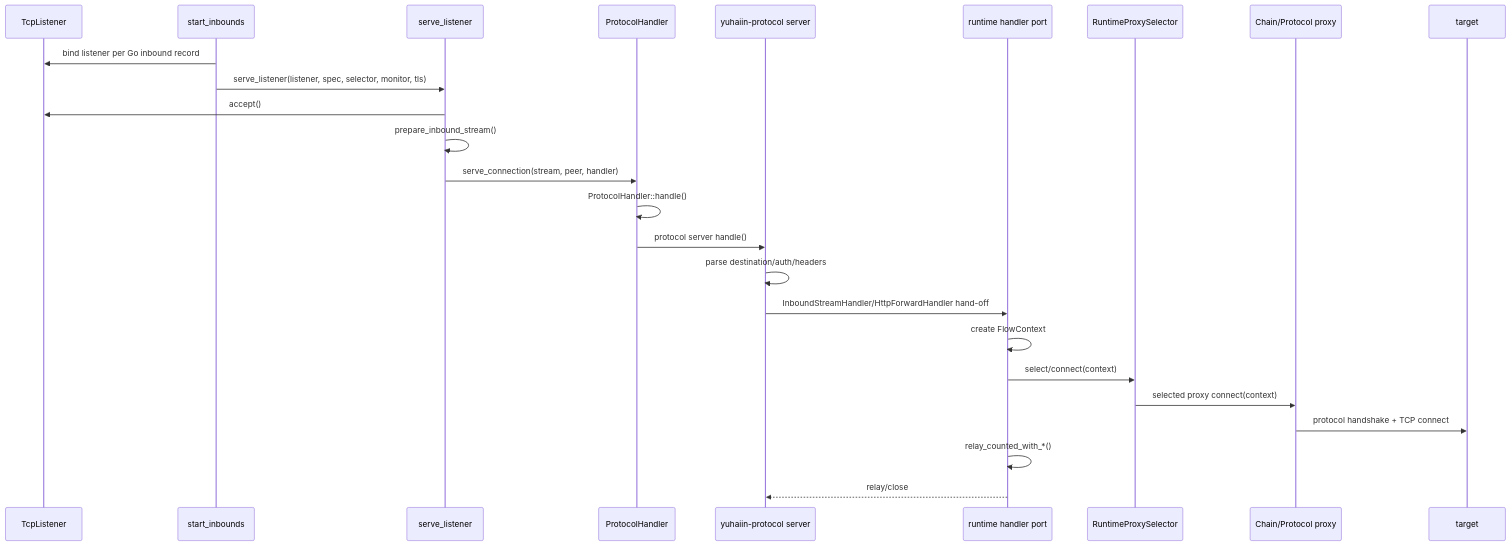
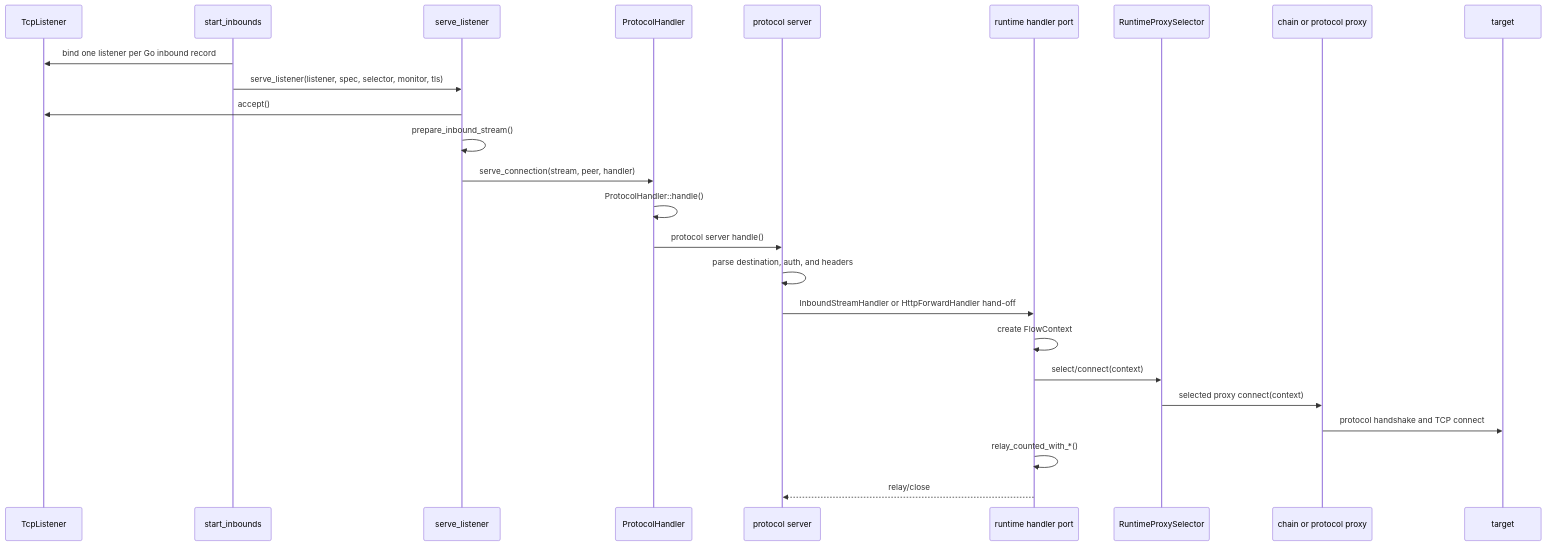
One commit to yuhaiin/doradus changed the fifth of 11 diagrams in docs/ARCHITECTURE.md. Above: the diagram before and after it, drawn with Mermaid. The commit also changed other lines of this file and 9 other files, not shown here.

````diff
--- a/docs/ARCHITECTURE.md
+++ b/docs/ARCHITECTURE.md
@@ -297,28 +299,28 @@
-```mermaid
+~~~mermaid
 sequenceDiagram
     participant L as TcpListener
     participant O as start_inbounds
     participant S as serve_listener
     participant H as ProtocolHandler
-    participant P as yuhaiin-protocol server
+    participant P as protocol server
     participant IH as runtime handler port
     participant X as RuntimeProxySelector
-    participant C as Chain/Protocol proxy
+    participant C as chain or protocol proxy
     participant T as target
 
-    O->>L: bind listener per Go inbound record
+    O->>L: bind one listener per Go inbound record
     O->>S: serve_listener(listener, spec, selector, monitor, tls)
     S->>L: accept()
     S->>S: prepare_inbound_stream()
     S->>H: serve_connection(stream, peer, handler)
     H->>H: ProtocolHandler::handle()
     H->>P: protocol server handle()
-    P->>P: parse destination/auth/headers
-    P->>IH: InboundStreamHandler/HttpForwardHandler hand-off
+    P->>P: parse destination, auth, and headers
+    P->>IH: InboundStreamHandler or HttpForwardHandler hand-off
     IH->>IH: create FlowContext
     IH->>X: select/connect(context)
     X->>C: selected proxy connect(context)
-    C->>T: protocol handshake + TCP connect
+    C->>T: protocol handshake and TCP connect
     IH->>IH: relay_counted_with_*()
     IH-->>P: relay/close
-```
+~~~
````
